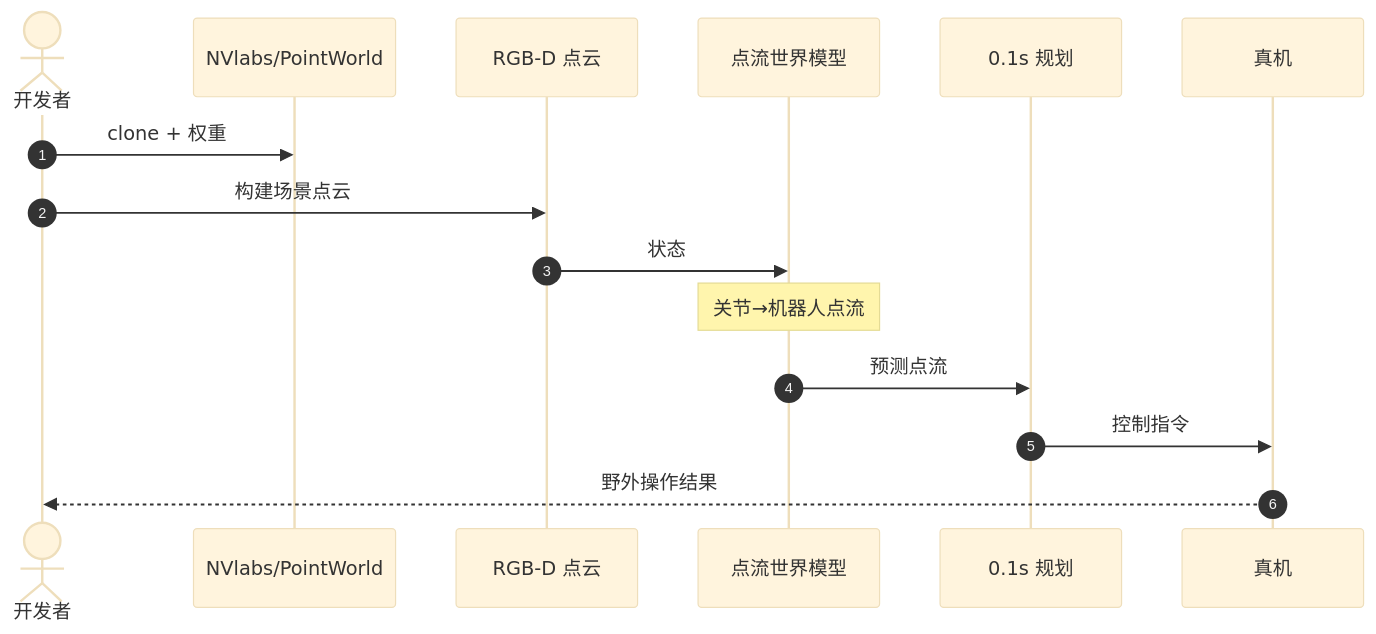
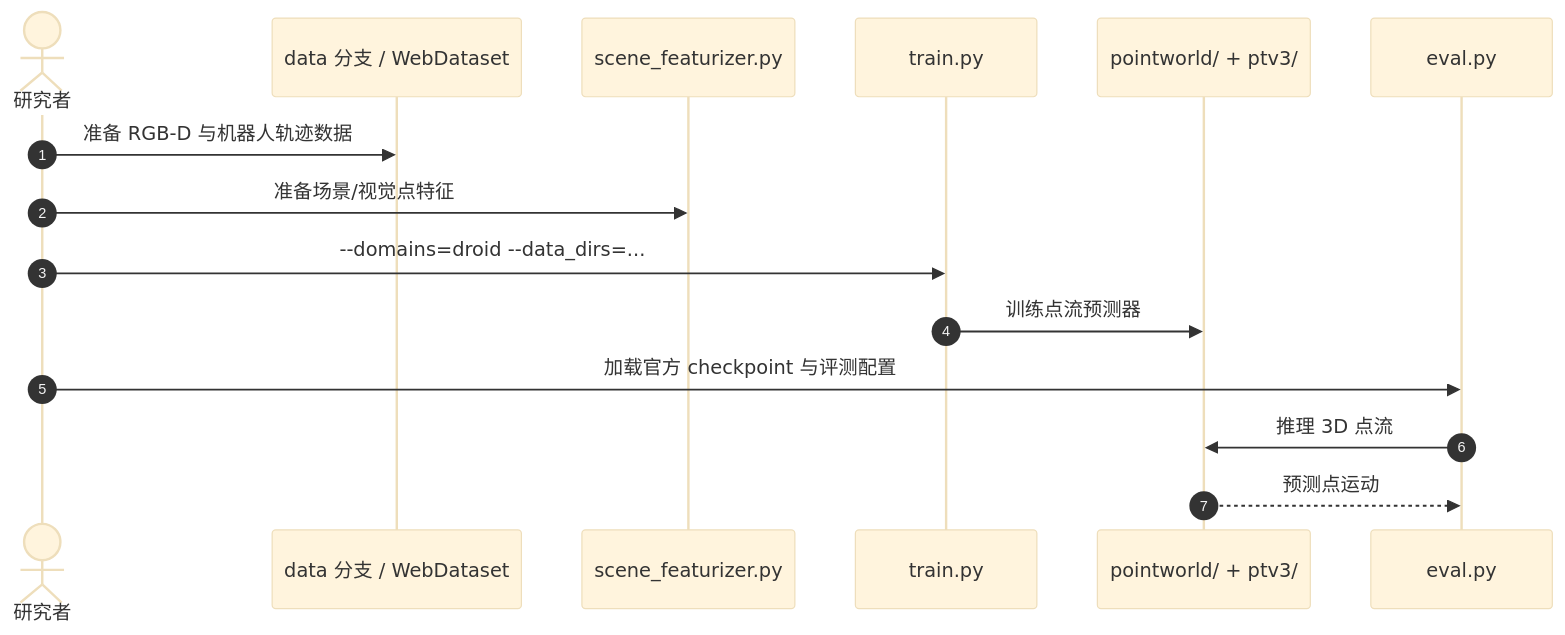
The second of 2 diagrams in wiki/entities/paper-sa-2601-03782-pointworld.md (ImChong/Robotics_Notebooks), drawn with Mermaid (base theme) before and after one commit. The commit also changed other lines of this file and 7 other files, not shown here.

Commit message:
[2026-11-08] ingest | wiki/entities — 补全 DINOv3 世界模型谱系与源码时序图

````diff
--- a/wiki/entities/paper-sa-2601-03782-pointworld.md
+++ b/wiki/entities/paper-sa-2601-03782-pointworld.md
@@ -89,17 +92,17 @@
 ```mermaid
 sequenceDiagram
     autonumber
-    actor Dev as 开发者
-    participant Repo as NVlabs/PointWorld
-    participant PCD as RGB-D 点云
-    participant PW as 点流世界模型
-    participant MPC as 0.1s 规划
-    participant Robot as 真机
-    Dev->>Repo: clone + 权重
-    Dev->>PCD: 构建场景点云
-    PCD->>PW: 状态
-    Note over PW: 关节→机器人点流
-    PW->>MPC: 预测点流
-    MPC->>Robot: 控制指令
-    Robot-->>Dev: 野外操作结果
+    actor User as 研究者
+    participant Data as data 分支 / WebDataset
+    participant Feat as scene_featurizer.py
+    participant Train as train.py
+    participant WM as pointworld/ + ptv3/
+    participant Eval as eval.py
+    User->>Data: 准备 RGB-D 与机器人轨迹数据
+    User->>Feat: 准备场景/视觉点特征
+    User->>Train: --domains=droid --data_dirs=...
+    Train->>WM: 训练点流预测器
+    User->>Eval: 加载官方 checkpoint 与评测配置
+    Eval->>WM: 推理 3D 点流
+    WM-->>Eval: 预测点运动
 ```
````
